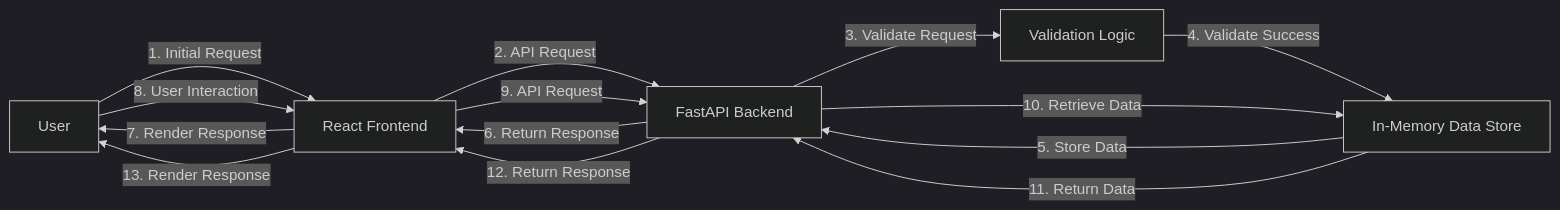
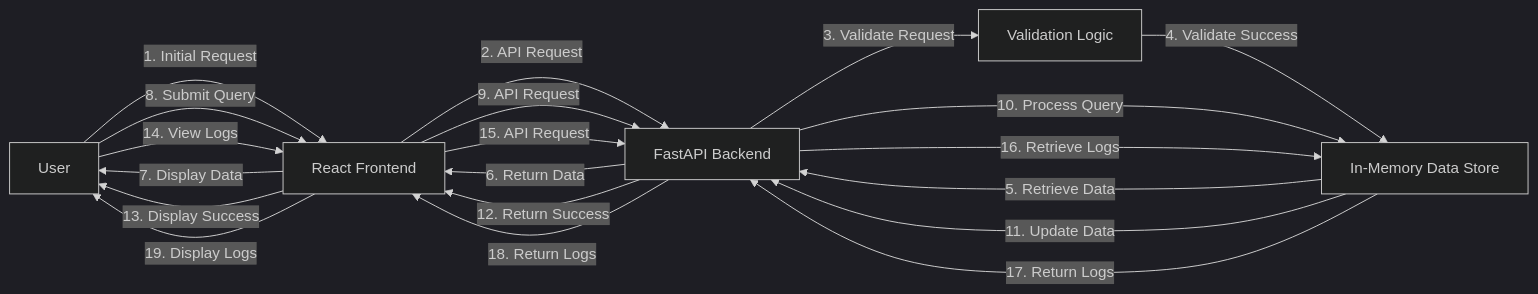
One commit to coddyieee-sketch/ram-weather-optimizer-tool changed the diagram in PROJECT_DOC.md. Above: the diagram before and after it, drawn with Mermaid (dark theme). The commit also changed other lines of this file and 4 other files, not shown here.

````diff
--- a/PROJECT_DOC.md
+++ b/PROJECT_DOC.md
@@ -8,16 +8,22 @@
 ```mermaid
 graph LR
     A[User] -->|1. Initial Request| B[React Frontend]
     B -->|2. API Request| C[FastAPI Backend]
     C -->|3. Validate Request| D[Validation Logic]
     D -->|4. Validate Success| E[In-Memory Data Store]
-    E -->|5. Store Data| C
-    C -->|6. Return Response| B
-    B -->|7. Render Response| A
-    A -->|8. User Interaction| B
+    E -->|5. Retrieve Data| C
+    C -->|6. Return Data| B
+    B -->|7. Display Data| A
+    A -->|8. Submit Query| B
     B -->|9. API Request| C
-    C -->|10. Retrieve Data| E
-    E -->|11. Return Data| C
-    C -->|12. Return Response| B
-    B -->|13. Render Response| A
+    C -->|10. Process Query| E
+    E -->|11. Update Data| C
+    C -->|12. Return Success| B
+    B -->|13. Display Success| A
+    A -->|14. View Logs| B
+    B -->|15. API Request| C
+    C -->|16. Retrieve Logs| E
+    E -->|17. Return Logs| C
+    C -->|18. Return Logs| B
+    B -->|19. Display Logs| A
 ```
````
